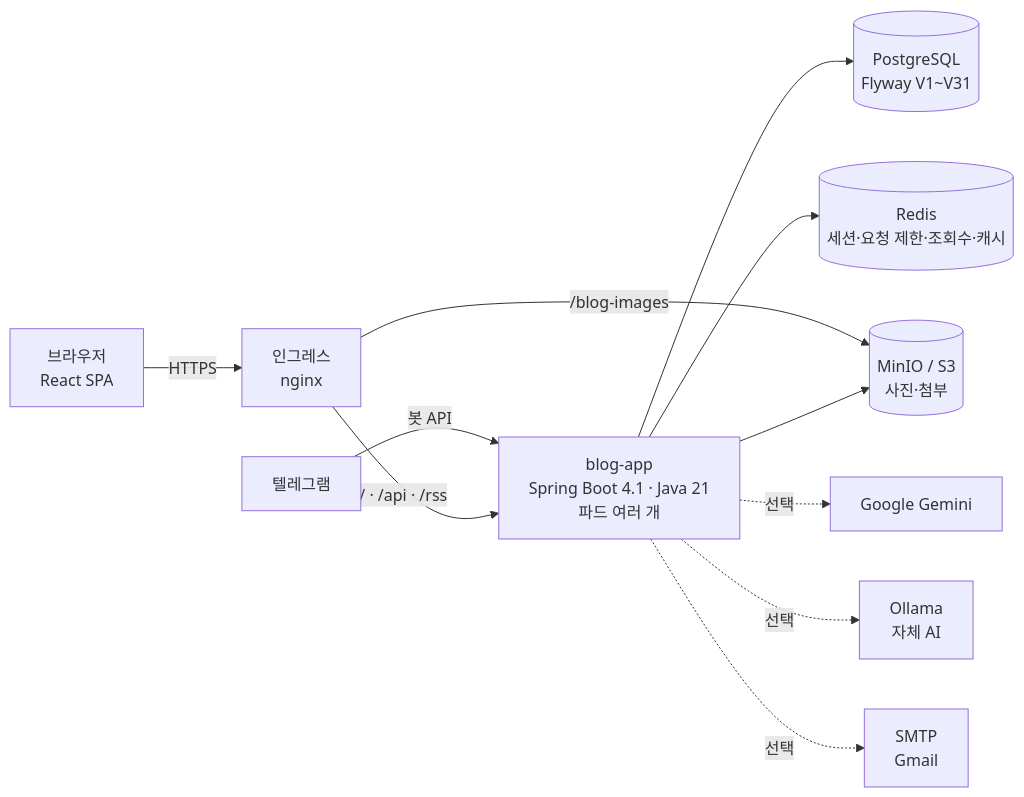
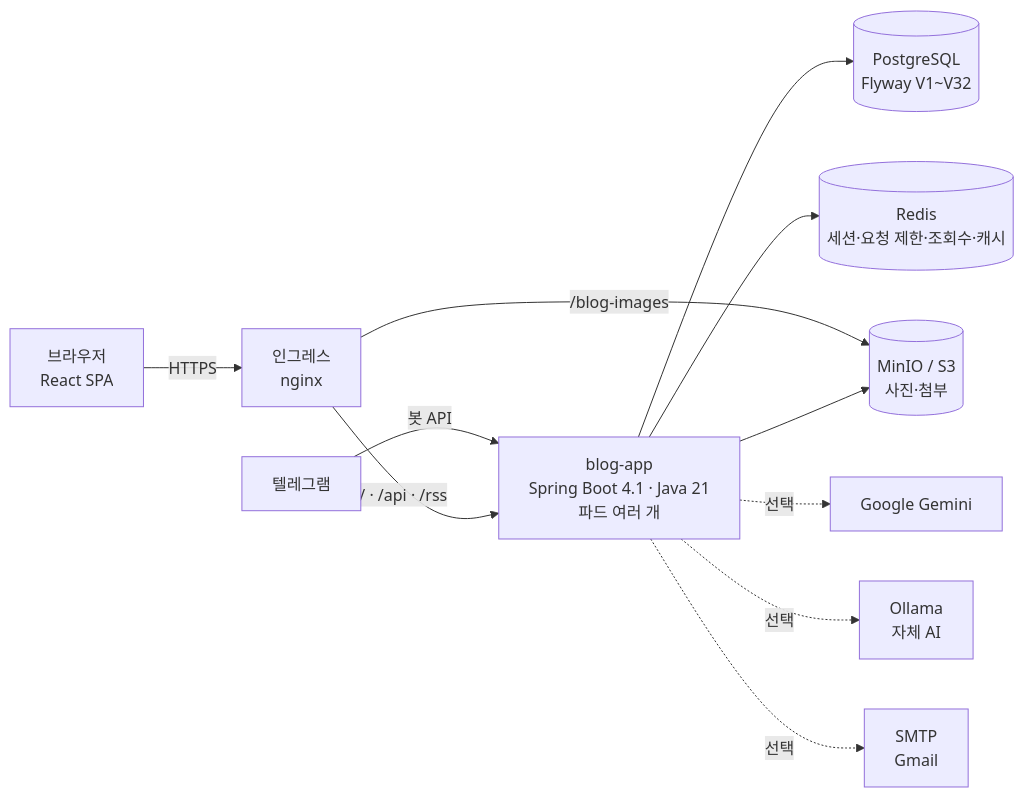
One commit to AIGJ-01-002-blog/.github changed the first of 3 diagrams in profile/README.md. Above: the diagram before and after it, drawn with Mermaid. The commit also changed other lines of this file, not shown here.

````diff
--- a/profile/README.md
+++ b/profile/README.md
@@ -149,13 +149,13 @@
 ```mermaid
 flowchart LR
     B[브라우저<br/>React SPA] -->|HTTPS| I[인그레스<br/>nginx]
     T[텔레그램] -->|봇 API| A
     I -->|/ · /api · /rss| A[blog-app<br/>Spring Boot 4.1 · Java 21<br/>파드 여러 개]
     I -->|/blog-images| M[(MinIO / S3<br/>사진·첨부)]
-    A --> P[(PostgreSQL<br/>Flyway V1~V31)]
+    A --> P[(PostgreSQL<br/>Flyway V1~V32)]
     A --> R[(Redis<br/>세션·요청 제한·조회수·캐시)]
     A --> M
     A -.선택.-> G[Google Gemini]
     A -.선택.-> O[Ollama<br/>자체 AI]
     A -.선택.-> S[SMTP<br/>Gmail]
 ```
````
